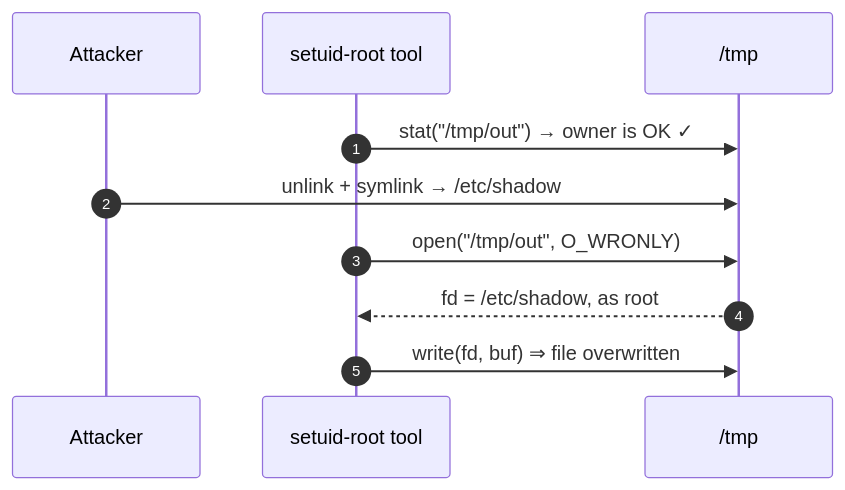
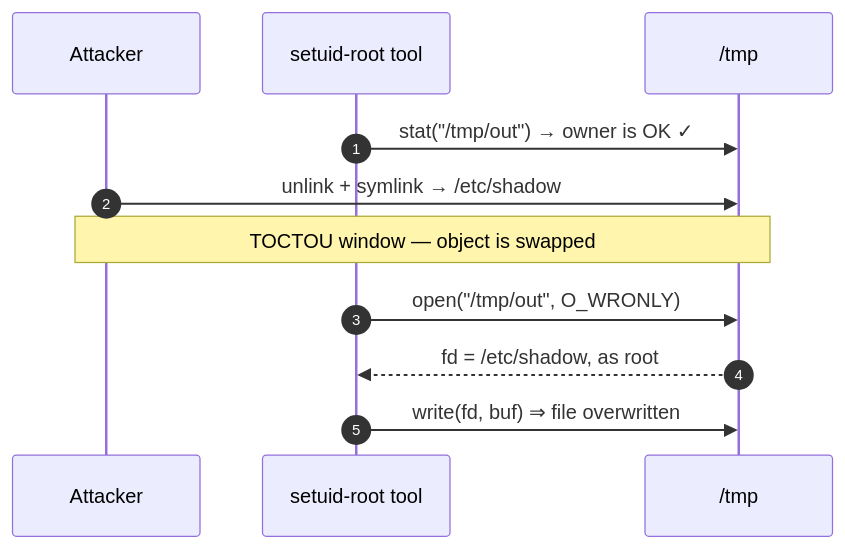
Before and after one commit to cs-pub-ro/ISC-lectures: the fourth of 10 diagrams in lectures/04-acl/slides.md, drawn with Mermaid. The commit also changed other lines of this file, not shown here.

Commit message:
04-authorization: fix Mihai's TOCTOU slides & slidev compile bug

````diff
--- a/lectures/04-acl/slides.md
+++ b/lectures/04-acl/slides.md
@@ -390,13 +390,14 @@
 ```mermaid {theme: 'isc-cartoon', scale: 0.58}
 sequenceDiagram
     autonumber
     participant A as Attacker
     participant P as setuid-root tool
     participant FS as /tmp
 
     P->>FS: stat("/tmp/out") → owner is OK ✓
     A->>FS: unlink + symlink → /etc/shadow
+    Note over A,FS: TOCTOU window — object is swapped
     P->>FS: open("/tmp/out", O_WRONLY)
     FS-->>P: fd = /etc/shadow, as root
     P->>FS: write(fd, buf) ⇒ file overwritten
 ```
````
